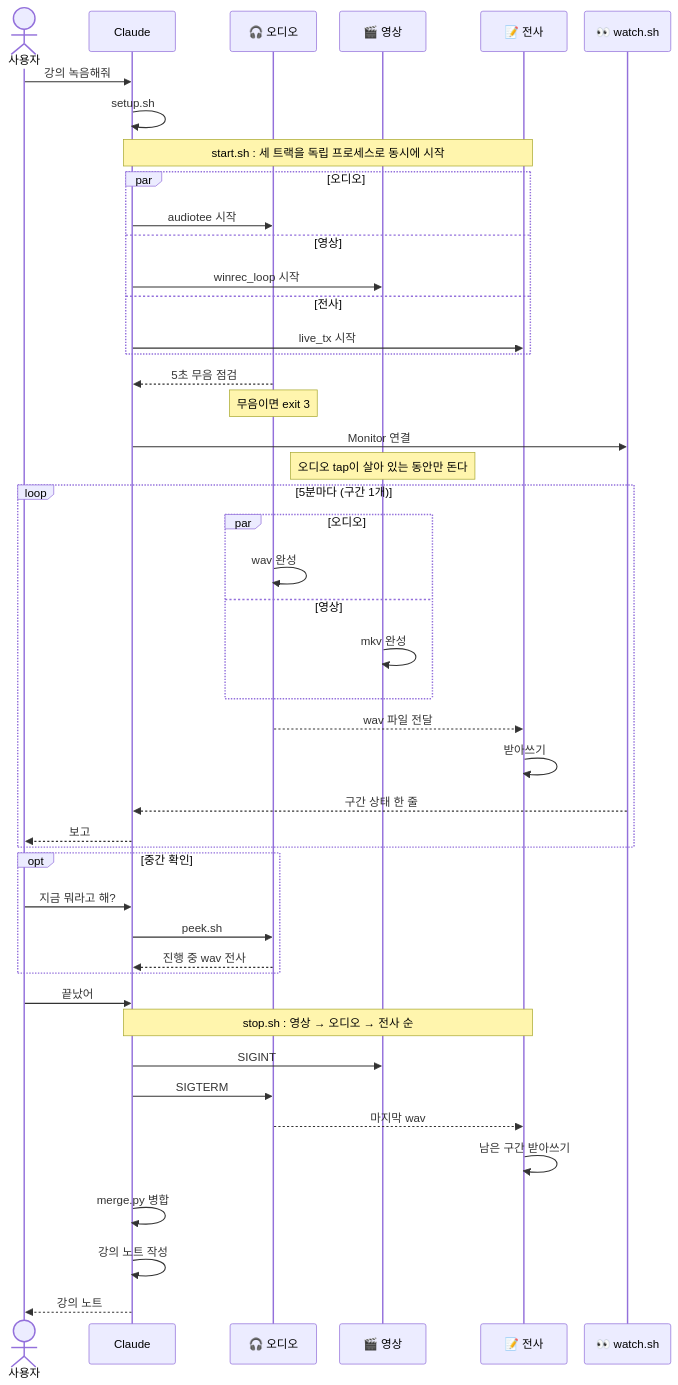
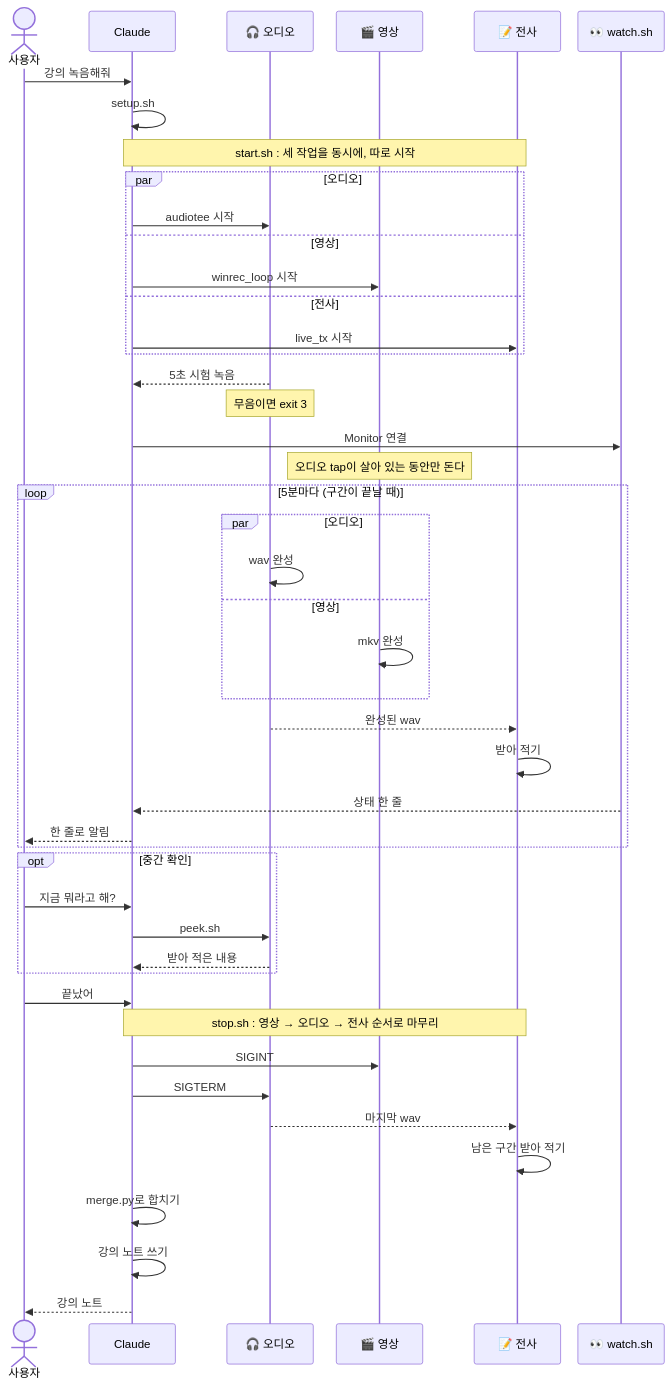
One commit to sbigstar0310/daegyu-plugins changed the third of 3 diagrams in lecture-capture/README.md. Above: the diagram before and after it, drawn with Mermaid. The commit also changed other lines of this file, not shown here.

````diff
--- a/lecture-capture/README.md
+++ b/lecture-capture/README.md
@@ -99,54 +100,54 @@
 ```mermaid
 %%{init: {"themeVariables": {"fontSize": "20px"}, "sequence": {"actorFontSize": 20, "messageFontSize": 20, "noteFontSize": 20, "width": 120, "actorMargin": 24, "height": 56, "messageMargin": 36, "boxMargin": 8, "wrap": false}}}%%
 sequenceDiagram
     actor U as 사용자
     participant C as Claude
     participant A as 🎧 오디오
     participant V as 🎬 영상
     participant T as 📝 전사
     participant M as 👀 watch.sh
 
     U->>C: 강의 녹음해줘
     C->>C: setup.sh
 
-    Note over C,T: start.sh : 세 트랙을 독립 프로세스로 동시에 시작
+    Note over C,T: start.sh : 세 작업을 동시에, 따로 시작
     par 오디오
         C->>A: audiotee 시작
     and 영상
         C->>V: winrec_loop 시작
     and 전사
         C->>T: live_tx 시작
     end
-    A-->>C: 5초 무음 점검
+    A-->>C: 5초 시험 녹음
     Note over A: 무음이면 exit 3
     C->>M: Monitor 연결
     Note over V: 오디오 tap이 살아 있는 동안만 돈다
 
-    loop 5분마다 (구간 1개)
+    loop 5분마다 (구간이 끝날 때)
         par 오디오
             A->>A: wav 완성
         and 영상
             V->>V: mkv 완성
         end
-        A-->>T: wav 파일 전달
-        T->>T: 받아쓰기
-        M-->>C: 구간 상태 한 줄
-        C-->>U: 보고
+        A-->>T: 완성된 wav
+        T->>T: 받아 적기
+        M-->>C: 상태 한 줄
+        C-->>U: 한 줄로 알림
     end
 
     opt 중간 확인
         U->>C: 지금 뭐라고 해?
         C->>A: peek.sh
-        A-->>C: 진행 중 wav 전사
+        A-->>C: 받아 적은 내용
     end
 
     U->>C: 끝났어
-    Note over C,T: stop.sh : 영상 → 오디오 → 전사 순
+    Note over C,T: stop.sh : 영상 → 오디오 → 전사 순서로 마무리
     C->>V: SIGINT
     C->>A: SIGTERM
     A-->>T: 마지막 wav
-    T->>T: 남은 구간 받아쓰기
-    C->>C: merge.py 병합
-    C->>C: 강의 노트 작성
+    T->>T: 남은 구간 받아 적기
+    C->>C: merge.py로 합치기
+    C->>C: 강의 노트 쓰기
     C-->>U: 강의 노트
 ```
````
